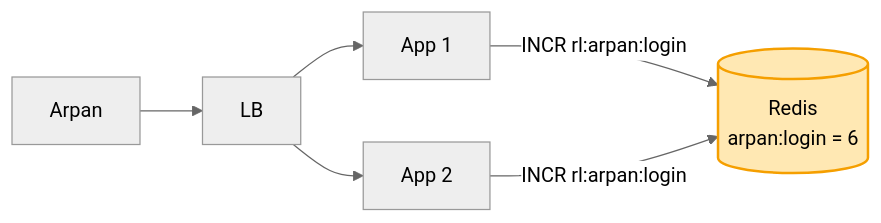
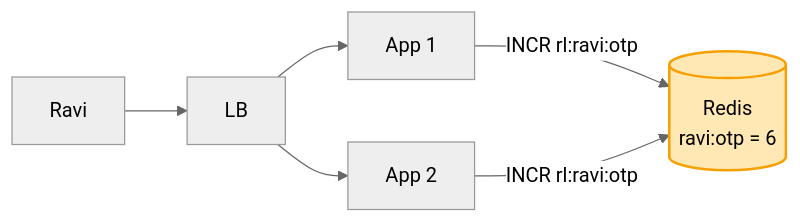
Before and after one commit to ArpanMaheshwari144/Prep: the second of 10 diagrams in 04_HLD/SYSTEM_DESIGNS/02_rate_limiter/02_rate_limiter.md, drawn with Mermaid (neutral theme). The commit also changed other lines of this file and 2 other files, not shown here.

Commit message:
HLD: main file = hand notes (cache 10 se 11 machine, notification SMS had 100/s, rate limiter kadam 1-4 Ravi ke OTP pe)

````diff
--- a/04_HLD/SYSTEM_DESIGNS/02_rate_limiter/02_rate_limiter.md
+++ b/04_HLD/SYSTEM_DESIGNS/02_rate_limiter/02_rate_limiter.md
@@ -91,7 +91,7 @@
 ```mermaid
 flowchart LR
-    U["Arpan"] --> LB["LB"]
+    U["Ravi"] --> LB["LB"]
     LB --> S1["App 1"] & S2["App 2"]
-    S1 & S2 -- "INCR rl:arpan:login" --> R[("Redis<br/>arpan:login = 6")]
+    S1 & S2 -- "INCR rl:ravi:otp" --> R[("Redis<br/>ravi:otp = 6")]
     style R fill:#ffe8b3,stroke:#f59f00,stroke-width:2px,color:#000
 ```
````
